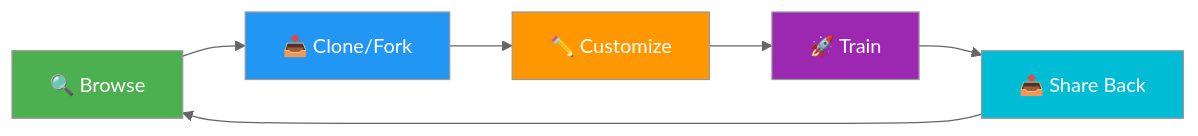
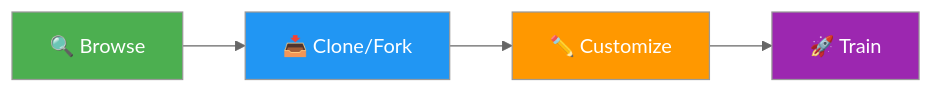
One commit to ultralytics/ultralytics changed the diagram in docs/en/platform/explore.md. Above: the diagram before and after it, drawn with Mermaid (neutral theme). The commit also changed other lines of this file and 10 other files, not shown here.

````diff
--- a/docs/en/platform/explore.md
+++ b/docs/en/platform/explore.md
@@ -13,14 +13,11 @@
 ```mermaid
 graph LR
     A[🔍 Browse] --> B[📥 Clone/Fork]
     B --> C[✏️ Customize]
     C --> D[🚀 Train]
-    D --> E[📤 Share Back]
-    E --> A
 
     style A fill:#4CAF50,color:#fff
     style B fill:#2196F3,color:#fff
     style C fill:#FF9800,color:#fff
     style D fill:#9C27B0,color:#fff
-    style E fill:#00BCD4,color:#fff
 ```
````
